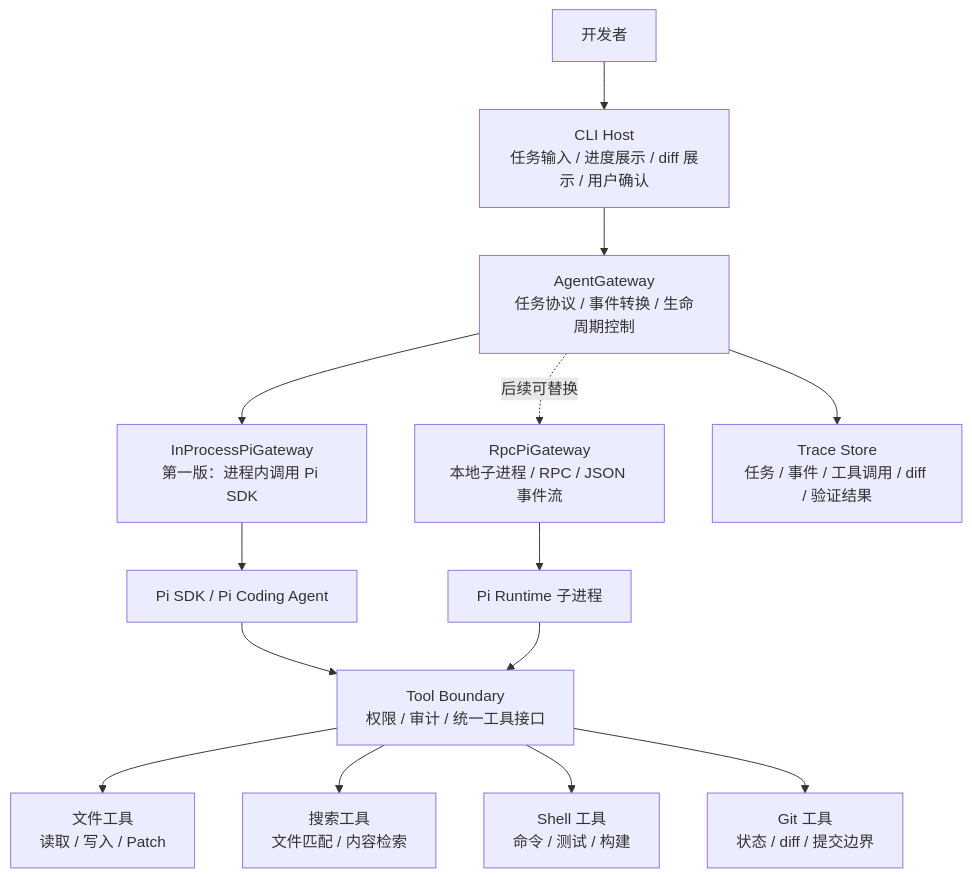
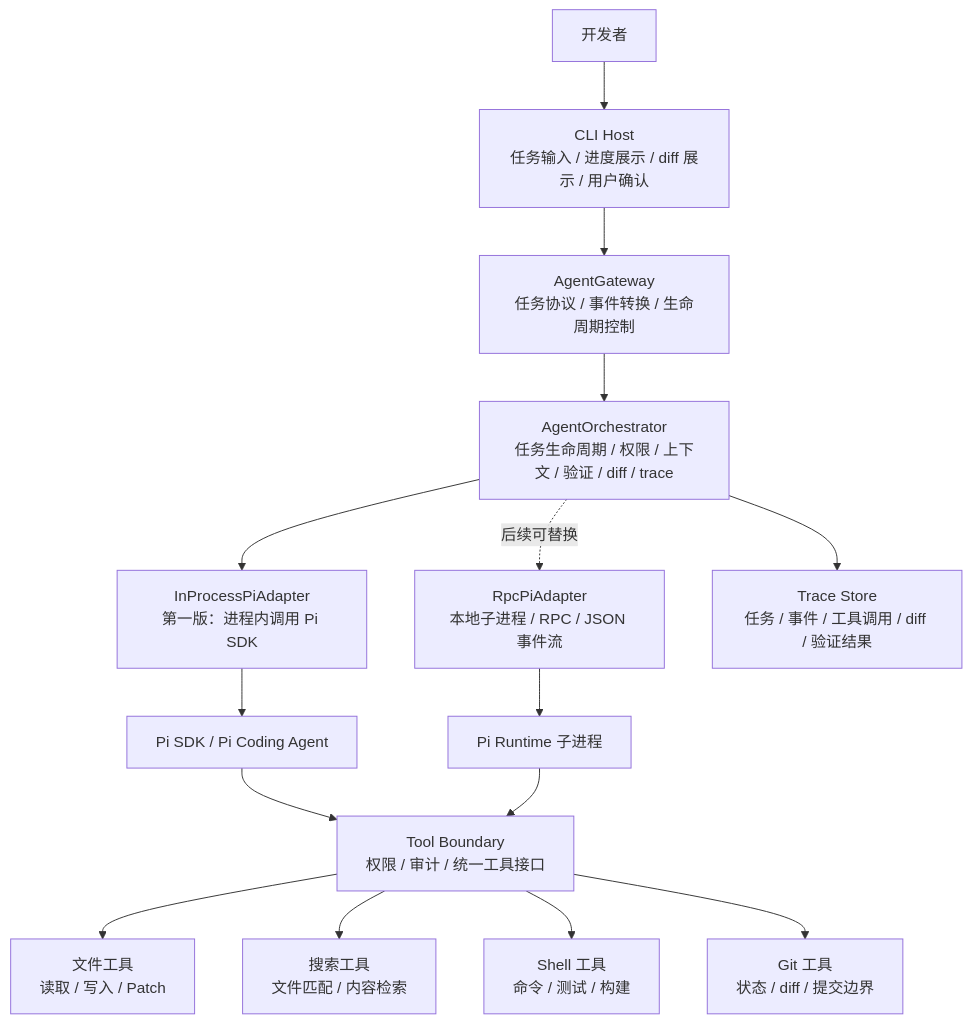
One commit to CrazyMrYan/potato-agent changed the first of 2 diagrams in wiki/technical-design.md. Above: the diagram before and after it, drawn with Mermaid. The commit also changed other lines of this file and 1 other file, not shown here.

````diff
--- a/wiki/technical-design.md
+++ b/wiki/technical-design.md
@@ -26,20 +45,21 @@
 ```mermaid
 flowchart TB
     User["开发者"] --> CLI["CLI Host<br/>任务输入 / 进度展示 / diff 展示 / 用户确认"]
     CLI --> Gateway["AgentGateway<br/>任务协议 / 事件转换 / 生命周期控制"]
-    Gateway --> InProc["InProcessPiGateway<br/>第一版：进程内调用 Pi SDK"]
-    Gateway -. "后续可替换" .-> RPC["RpcPiGateway<br/>本地子进程 / RPC / JSON 事件流"]
+    Gateway --> Orchestrator["AgentOrchestrator<br/>任务生命周期 / 权限 / 上下文 / 验证 / diff / trace"]
+    Orchestrator --> InProc["InProcessPiAdapter<br/>第一版：进程内调用 Pi SDK"]
+    Orchestrator -. "后续可替换" .-> RPC["RpcPiAdapter<br/>本地子进程 / RPC / JSON 事件流"]
 
     InProc --> PiSDK["Pi SDK / Pi Coding Agent"]
     RPC --> PiProc["Pi Runtime 子进程"]
 
     PiSDK --> ToolBoundary["Tool Boundary<br/>权限 / 审计 / 统一工具接口"]
     PiProc --> ToolBoundary
 
     ToolBoundary --> FileTools["文件工具<br/>读取 / 写入 / Patch"]
     ToolBoundary --> SearchTools["搜索工具<br/>文件匹配 / 内容检索"]
     ToolBoundary --> ShellTools["Shell 工具<br/>命令 / 测试 / 构建"]
     ToolBoundary --> GitTools["Git 工具<br/>状态 / diff / 提交边界"]
 
-    Gateway --> TraceStore["Trace Store<br/>任务 / 事件 / 工具调用 / diff / 验证结果"]
+    Orchestrator --> TraceStore["Trace Store<br/>任务 / 事件 / 工具调用 / diff / 验证结果"]
 ```
````
